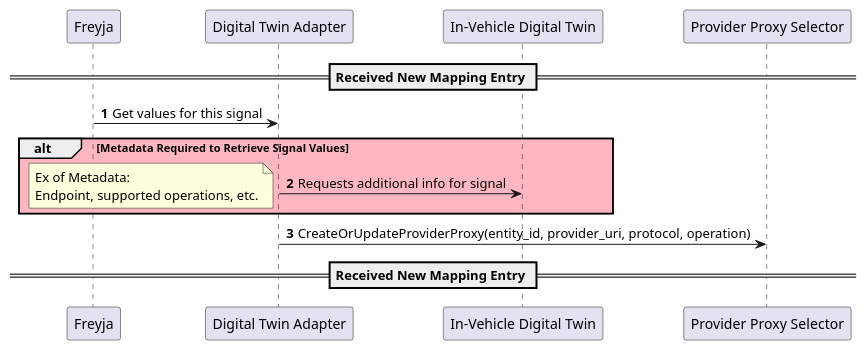
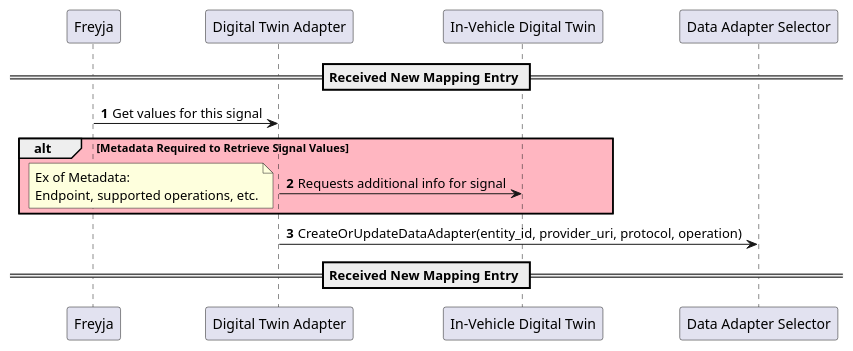
One commit to eclipse-ibeji/freyja changed the diagram in docs/diagrams/digital_twin_adapter_sequence.puml. Above: the diagram before and after it, drawn with PlantUML. The commit also changed 104 other files, not shown here.

Commit message:
rename provider proxy -> data adapter

```diff
--- a/docs/diagrams/digital_twin_adapter_sequence.puml
+++ b/docs/diagrams/digital_twin_adapter_sequence.puml
@@ -1,27 +1,27 @@
 @startuml
 participant "Freyja"
 participant "Digital Twin Adapter"
 participant "In-Vehicle Digital Twin"
-participant "Provider Proxy Selector"
+participant "Data Adapter Selector"
 
 
 
 
 autonumber
 
 == Received New Mapping Entry ==
 
 "Freyja"->"Digital Twin Adapter": Get values for this signal
 
 alt #LightPink Metadata Required to Retrieve Signal Values
     "Digital Twin Adapter"->"In-Vehicle Digital Twin": Requests additional info for signal
     note left
     Ex of Metadata:
     Endpoint, supported operations, etc.
     end note
 end
 
-"Digital Twin Adapter"->"Provider Proxy Selector": CreateOrUpdateProviderProxy(entity_id, provider_uri, protocol, operation)
+"Digital Twin Adapter"->"Data Adapter Selector": CreateOrUpdateDataAdapter(entity_id, provider_uri, protocol, operation)
 
 == Received New Mapping Entry ==
 @enduml
```
